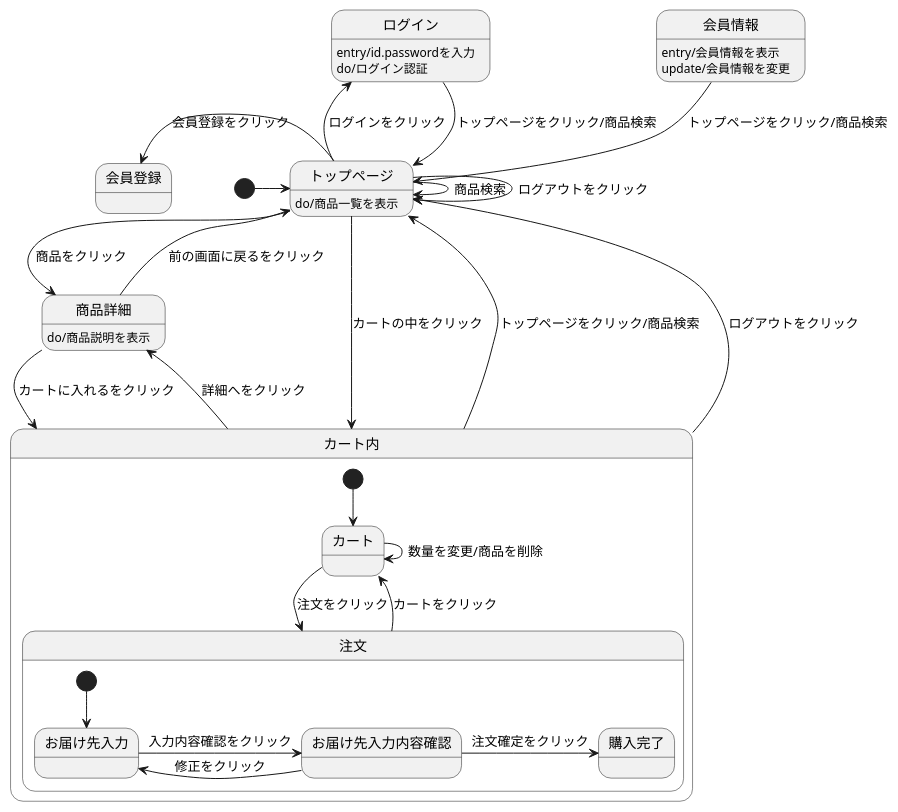
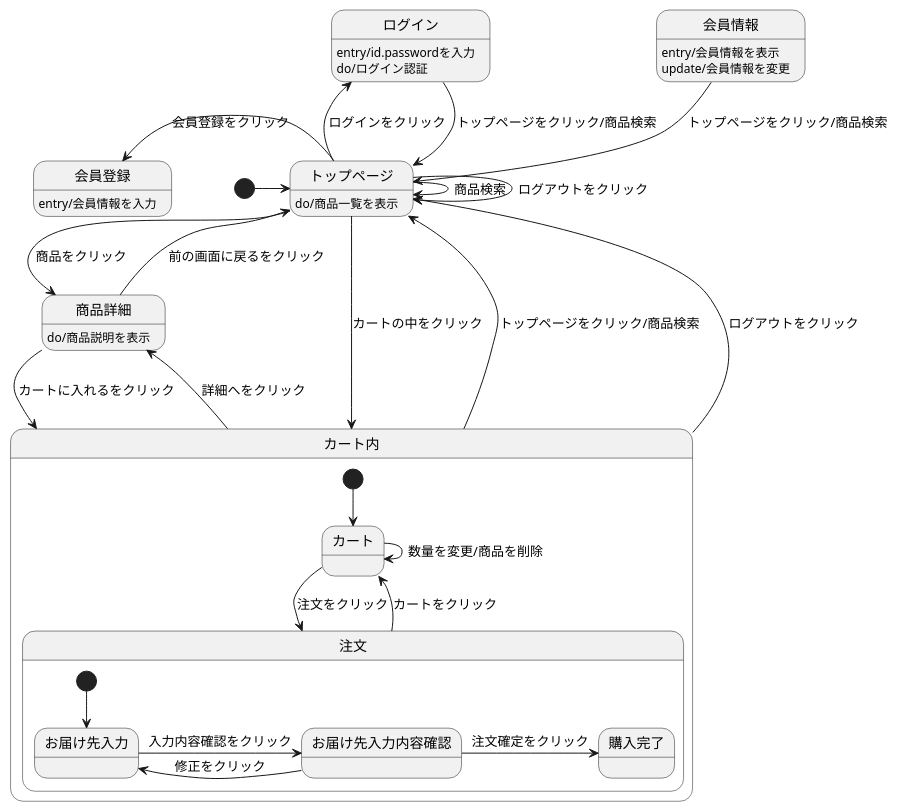
The diagram in shopping1.md (Aso2001027/2021sys-design), drawn with PlantUML before and after one commit.

````diff
--- a/shopping1.md
+++ b/shopping1.md
@@ -1,38 +1,38 @@
 ```uml
 @startuml
 [*] -> トップページ
 会員情報 --> トップページ : トップページをクリック/商品検索
 ログイン --> トップページ : トップページをクリック/商品検索
 ログイン : entry/id.passwordを入力
 ログイン : do/ログイン認証
+会員登録 : entry/会員情報を入力
 会員情報 : entry/会員情報を表示
 会員情報 : update/会員情報を変更
-
 トップページ --> トップページ : ログアウトをクリック
 トップページ -> トップページ : 商品検索
 トップページ -> 商品詳細 : 商品をクリック
 トップページ -left-> 会員登録 : 会員登録をクリック
 トップページ -left-> ログイン : ログインをクリック
 トップページ --> カート内 : カートの中をクリック
 トップページ : do/商品一覧を表示
 商品詳細 --> カート内 : カートに入れるをクリック
 商品詳細 --> トップページ : 前の画面に戻るをクリック
 商品詳細 : do/商品説明を表示
 カート内 -up-> トップページ : トップページをクリック/商品検索
 カート内 -up-> トップページ : ログアウトをクリック
 カート内 -> 商品詳細 : 詳細へをクリック
 
 state カート内{
 [*] --> カート
 カート -> 注文 : 注文をクリック
 カート -> カート : 数量を変更/商品を削除
 注文 --> カート : カートをクリック
 state 注文 {
 [*] --> お届け先入力
 お届け先入力 -> お届け先入力内容確認 : 入力内容確認をクリック
 お届け先入力内容確認 -> お届け先入力 : 修正をクリック
 お届け先入力内容確認 -> 購入完了 : 注文確定をクリック
   }
 }
 @enduml
 ```
````
